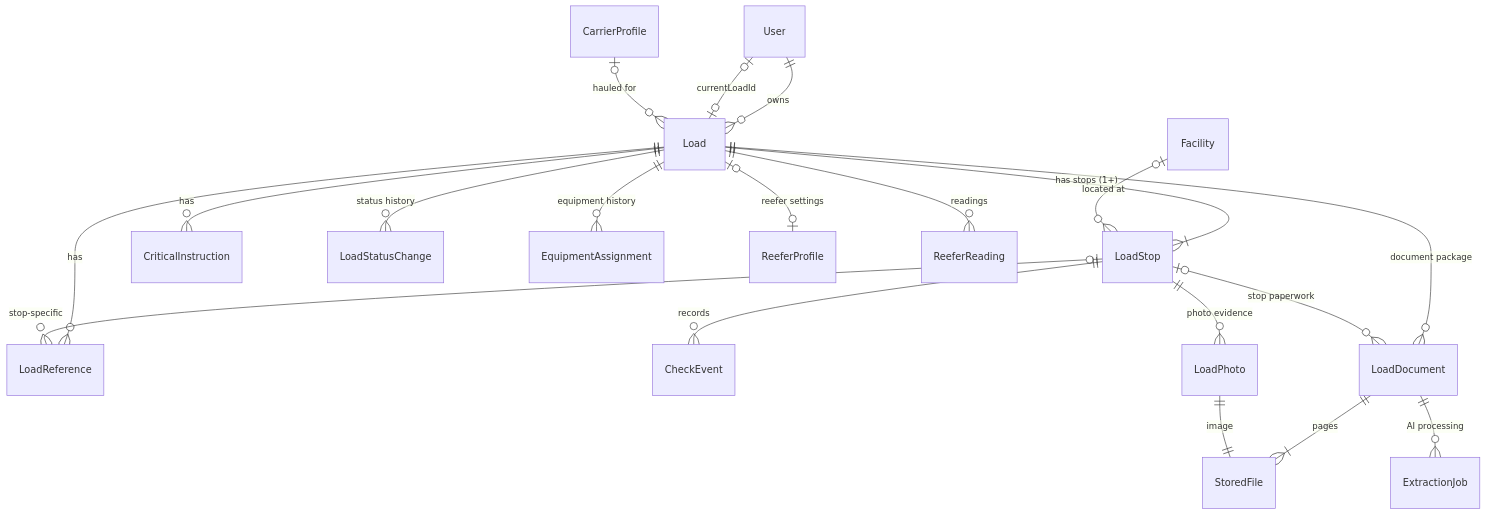
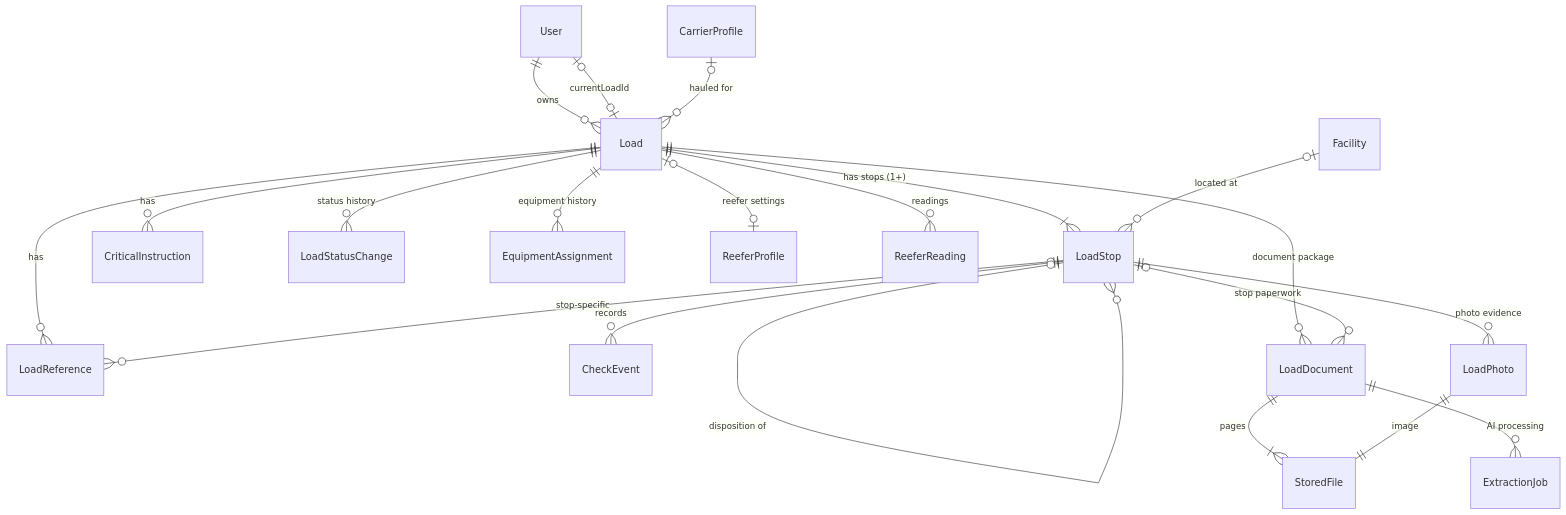
The first of 4 diagrams in specs/data-model/DATA_MODEL.md (kaluush/Truckmate), drawn with Mermaid before and after one commit. The commit also changed other lines of this file and 9 other files, not shown here.

````diff
--- a/specs/data-model/DATA_MODEL.md
+++ b/specs/data-model/DATA_MODEL.md
@@ -89,22 +92,23 @@
 ```mermaid
 erDiagram
     User ||--o{ Load : owns
     User |o--o| Load : "currentLoadId"
     CarrierProfile |o--o{ Load : "hauled for"
     Load ||--|{ LoadStop : "has stops (1+)"
     Facility |o--o{ LoadStop : "located at"
     Load ||--o{ LoadReference : has
     LoadStop |o--o{ LoadReference : "stop-specific"
     Load ||--o{ CriticalInstruction : has
     LoadStop ||--o{ CheckEvent : records
+    LoadStop |o--o{ LoadStop : "disposition of"
     Load ||--o{ LoadStatusChange : "status history"
     Load ||--o{ EquipmentAssignment : "equipment history"
     Load |o--o| ReeferProfile : "reefer settings"
     Load ||--o{ ReeferReading : readings
     Load ||--o{ LoadDocument : "document package"
     LoadStop |o--o{ LoadDocument : "stop paperwork"
     LoadStop ||--o{ LoadPhoto : "photo evidence"
     LoadDocument ||--|{ StoredFile : pages
     LoadPhoto ||--|| StoredFile : image
     LoadDocument ||--o{ ExtractionJob : "AI processing"
 ```
````
